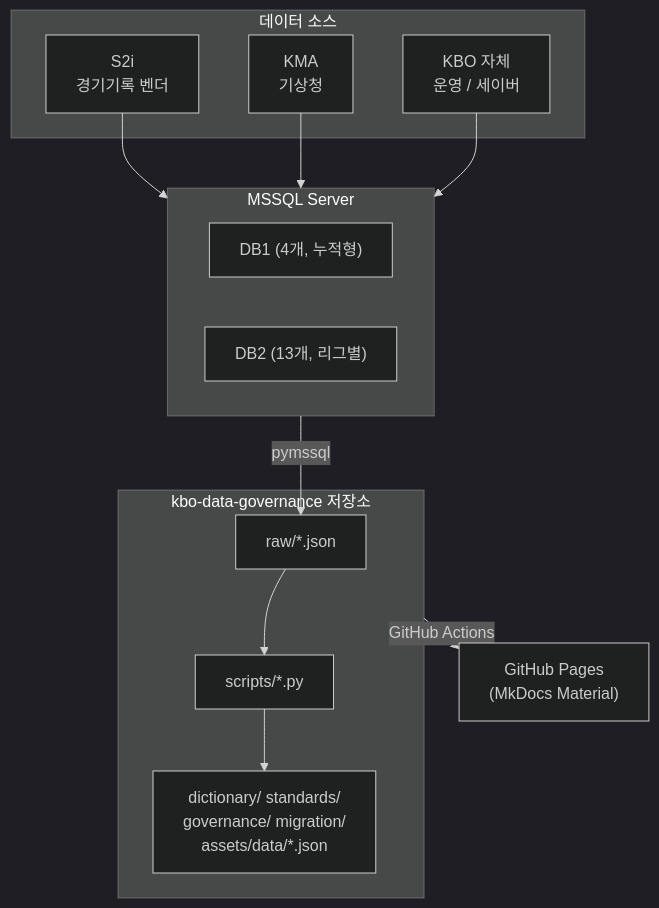
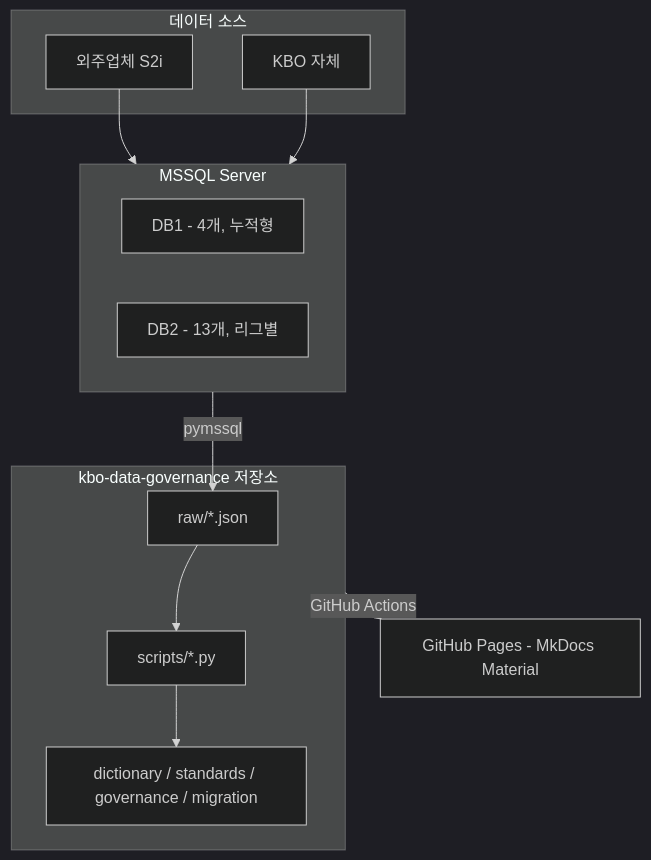
Before and after one commit to kbop-platform/kbo-data-governance: the diagram in README.md, drawn with Mermaid (dark theme). The commit also changed other lines of this file and 1 other file, not shown here.

````diff
--- a/README.md
+++ b/README.md
@@ -46,30 +46,28 @@
 ```mermaid
 flowchart TB
     subgraph SRC["데이터 소스"]
-        S2i["S2i\n경기기록 벤더"]
-        KMA["KMA\n기상청"]
-        KBO["KBO 자체\n운영 / 세이버"]
+        S2i["외주업체 S2i"]
+        KBO["KBO 자체"]
     end
 
     subgraph MSSQL["MSSQL Server"]
         direction LR
-        DB1["DB1 (4개, 누적형)"]
-        DB2["DB2 (13개, 리그별)"]
+        DB1["DB1 - 4개, 누적형"]
+        DB2["DB2 - 13개, 리그별"]
     end
 
     subgraph REPO["kbo-data-governance 저장소"]
         RAW["raw/*.json"]
         SCRIPTS["scripts/*.py"]
-        OUT["dictionary/ standards/\ngovernance/ migration/\nassets/data/*.json"]
+        OUT["dictionary / standards / governance / migration"]
     end
 
-    DEPLOY["GitHub Pages\n(MkDocs Material)"]
+    DEPLOY["GitHub Pages - MkDocs Material"]
 
     S2i --> MSSQL
-    KMA --> MSSQL
     KBO --> MSSQL
     MSSQL -- "pymssql" --> RAW
     RAW --> SCRIPTS
     SCRIPTS --> OUT
     REPO -- "GitHub Actions" --> DEPLOY
 ```
````
